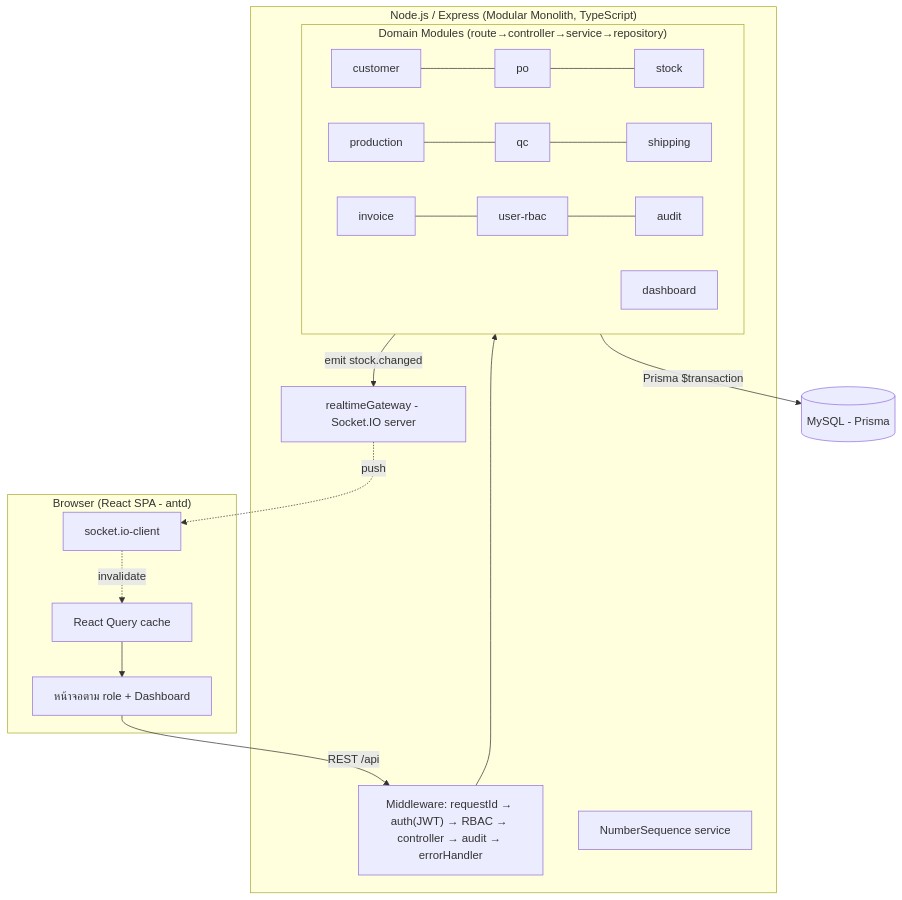
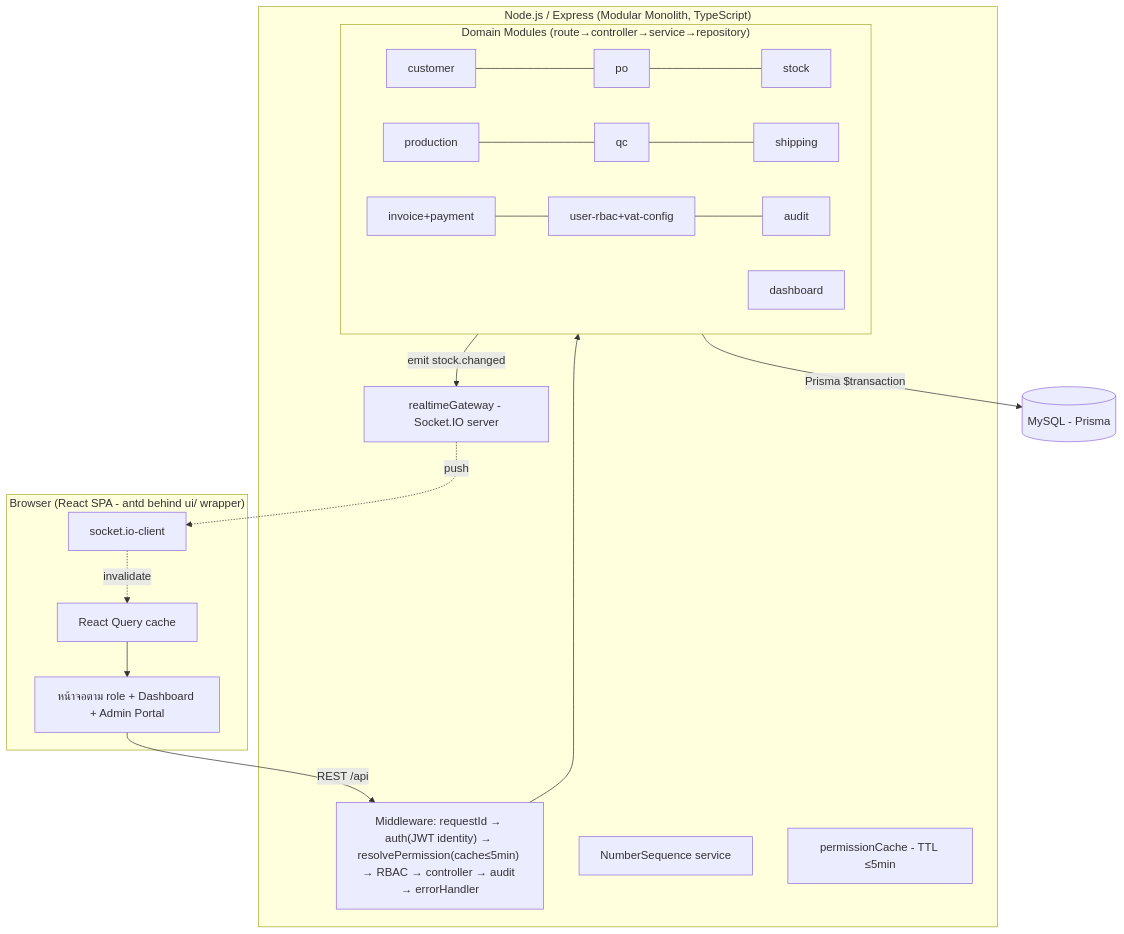
One commit to sitthi-phat/erp-cosmetics-manufacturing-module changed the first of 2 diagrams in docs/design/erp-core-prototype/architecture.md. Above: the diagram before and after it, drawn with Mermaid. The commit also changed other lines of this file and 5 other files, not shown here.

````diff
--- a/docs/design/erp-core-prototype/architecture.md
+++ b/docs/design/erp-core-prototype/architecture.md
@@ -19,30 +26,31 @@
 ```mermaid
 flowchart TB
-  subgraph Client["Browser (React SPA - antd)"]
-    UI[หน้าจอตาม role + Dashboard]
+  subgraph Client["Browser (React SPA - antd behind ui/ wrapper)"]
+    UI[หน้าจอตาม role + Dashboard + Admin Portal]
     RQ[React Query cache]
     WS[socket.io-client]
   end
 
   subgraph Server["Node.js / Express (Modular Monolith, TypeScript)"]
-    MW["Middleware: requestId → auth(JWT) → RBAC → controller → audit → errorHandler"]
+    MW["Middleware: requestId → auth(JWT identity) → resolvePermission(cache≤5min) → RBAC → controller → audit → errorHandler"]
     subgraph Modules["Domain Modules (route→controller→service→repository)"]
       M1[customer] --- M2[po] --- M3[stock]
       M4[production] --- M5[qc] --- M6[shipping]
-      M7[invoice] --- M8[user-rbac] --- M9[audit]
+      M7[invoice+payment] --- M8[user-rbac+vat-config] --- M9[audit]
       M10[dashboard]
     end
     RT[realtimeGateway - Socket.IO server]
     SEQ[NumberSequence service]
+    PC[permissionCache - TTL ≤5min]
   end
 
   DB[(MySQL - Prisma)]
 
   UI -->|REST /api| MW
   MW --> Modules
   Modules -->|Prisma $transaction| DB
   Modules -->|emit stock.changed| RT
   RT -.->|push| WS
   WS -.->|invalidate| RQ
   RQ --> UI
 ```
````
